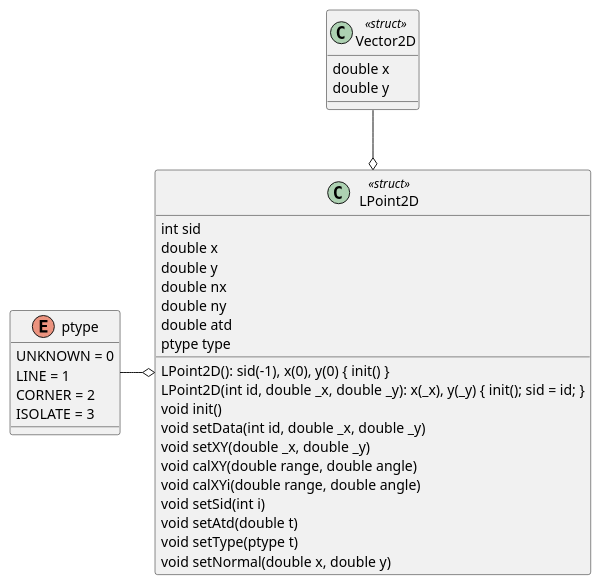
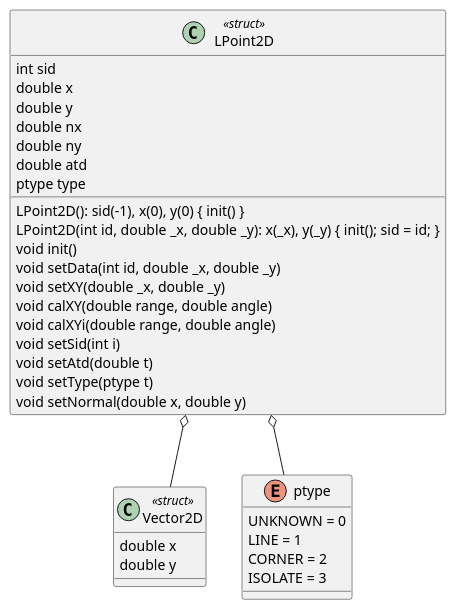
The diagram in PlantUML/LPoint2D/LPoint2D_Class.puml (ShisatoYano/SLAMDesignUML), drawn with PlantUML before and after one commit. The commit also changed 7 other files, not shown here.

Commit message:
clean up class diagrams.

```diff
--- a/PlantUML/LPoint2D/LPoint2D_Class.puml
+++ b/PlantUML/LPoint2D/LPoint2D_Class.puml
@@ -1,42 +1,42 @@
 @startuml
 
 skinparam classAttributeIconSize 0
 
 class Vector2D <<struct>>{
     double x
     double y
 }
 
 enum ptype{
     UNKNOWN = 0
     LINE = 1
     CORNER = 2
     ISOLATE = 3
 }
 
 class LPoint2D <<struct>>{
     int sid /'scan index'/
     double x /'position x'/
     double y /'position y'/
     double nx /'normal vector'/
     double ny /'normal vector'/
     double atd /'accumulated travel distance'/
     ptype type /'type of point'/
 
     LPoint2D(): sid(-1), x(0), y(0) { init() }
     LPoint2D(int id, double _x, double _y): x(_x), y(_y) { init(); sid = id; }
     void init()
     void setData(int id, double _x, double _y)
     void setXY(double _x, double _y)
     void calXY(double range, double angle)
     void calXYi(double range, double angle)
     void setSid(int i)
     void setAtd(double t)
     void setType(ptype t)
     void setNormal(double x, double y)
 }
 
-ptype -o LPoint2D
-Vector2D --o LPoint2D
+LPoint2D o-- ptype
+LPoint2D o-- Vector2D
 
 @enduml
```
